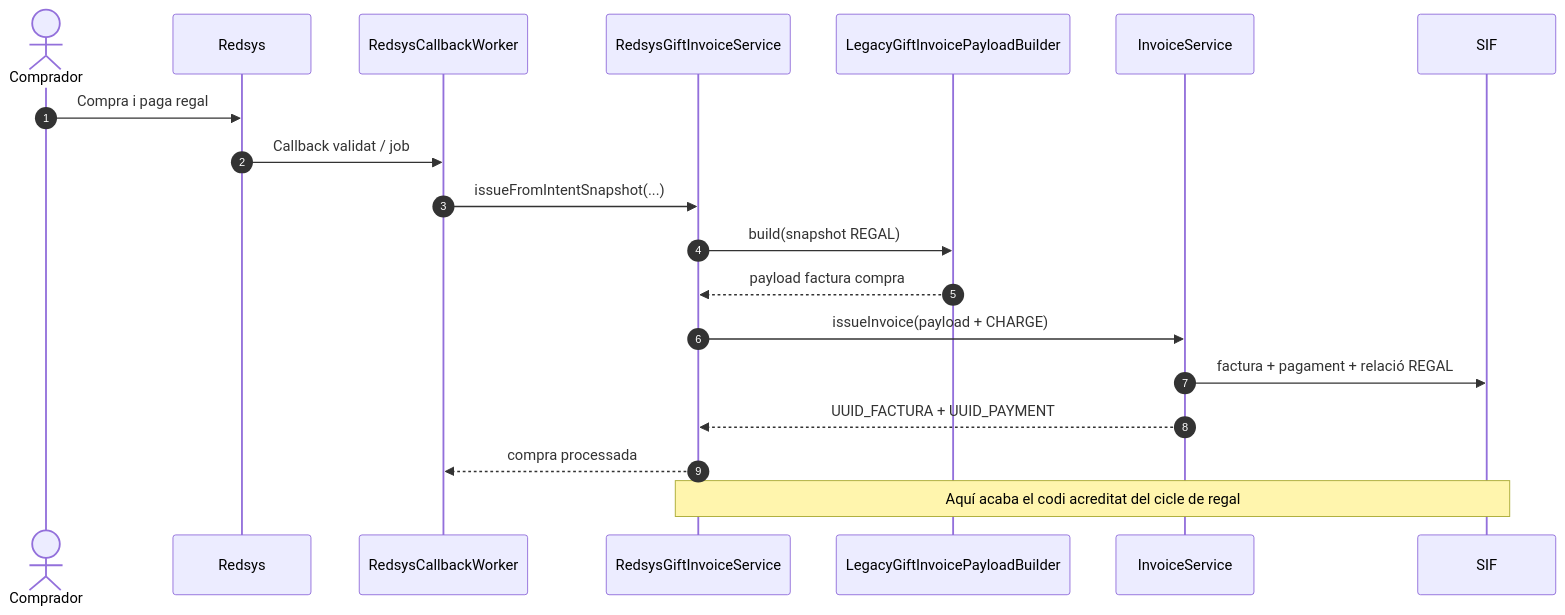
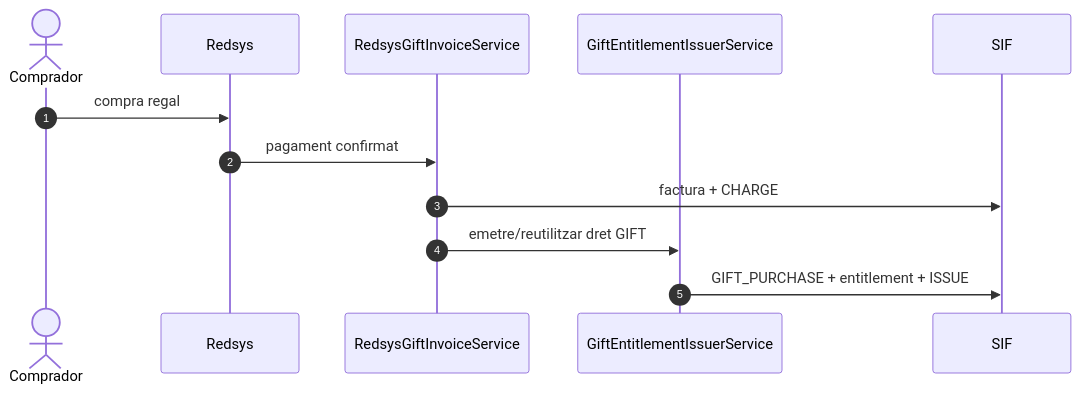
The first of 4 diagrams in documentacio/07-uml-integrat/uc-018-sequencies-actual-final.md (orgmeriemprismacat-del/verifactu), drawn with Mermaid before and after one commit. The commit also changed other lines of this file, not shown here.

````diff
--- a/documentacio/07-uml-integrat/uc-018-sequencies-actual-final.md
+++ b/documentacio/07-uml-integrat/uc-018-sequencies-actual-final.md
@@ -7,22 +5,14 @@
 ```mermaid
 sequenceDiagram
 autonumber
 actor C as Comprador
 participant R as Redsys
-participant W as RedsysCallbackWorker
 participant G as RedsysGiftInvoiceService
-participant L as LegacyGiftInvoicePayloadBuilder
-participant I as InvoiceService
+participant I as GiftEntitlementIssuerService
 participant DB as SIF
-
-C->>R: Compra i paga regal
-R->>W: Callback validat / job
-W->>G: issueFromIntentSnapshot(...)
-G->>L: build(snapshot REGAL)
-L-->>G: payload factura compra
-G->>I: issueInvoice(payload + CHARGE)
-I->>DB: factura + pagament + relació REGAL
-I-->>G: UUID_FACTURA + UUID_PAYMENT
-G-->>W: compra processada
-Note over G,DB: Aquí acaba el codi acreditat del cicle de regal
+C->>R: compra regal
+R->>G: pagament confirmat
+G->>DB: factura + CHARGE
+G->>I: emetre/reutilitzar dret GIFT
+I->>DB: GIFT_PURCHASE + entitlement + ISSUE
 ```
````
